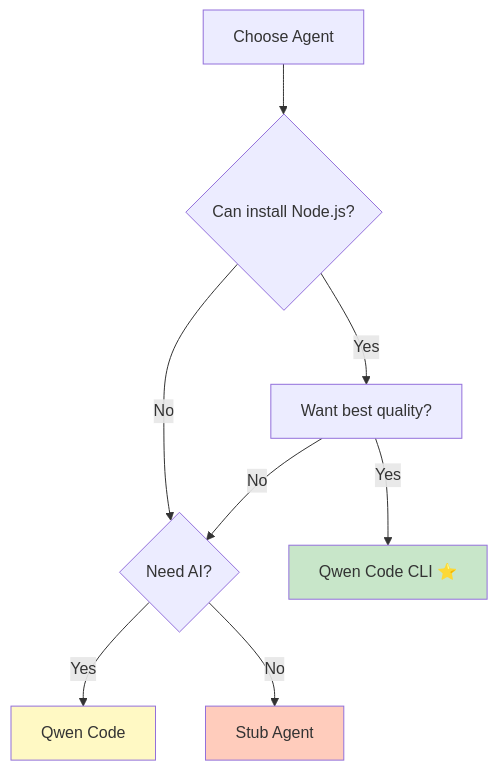
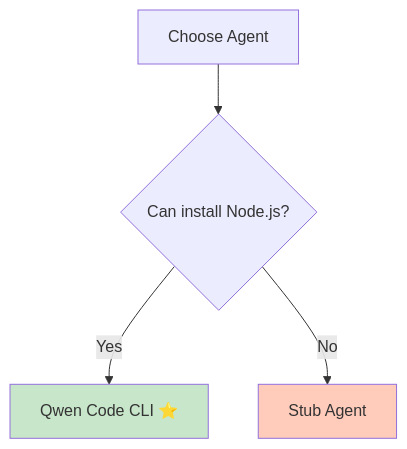
Before and after one commit to ArtyomZemlyak/tg-note: the second of 2 diagrams in docs_site/agents/overview.md, drawn with Mermaid. The commit also changed other lines of this file and 7 other files, not shown here.

Commit message:
Remove qwen_code agent and update docs

````diff
--- a/docs_site/agents/overview.md
+++ b/docs_site/agents/overview.md
@@ -177,16 +146,9 @@
 ```mermaid
 graph TD
     A[Choose Agent] --> B{Can install Node.js?}
-    B -->|Yes| C[Want best quality?]
-    B -->|No| D{Need AI?}
+    B -->|Yes| C[Qwen Code CLI ⭐]
+    B -->|No| D[Stub Agent]
     
-    C -->|Yes| E[Qwen Code CLI ⭐]
-    C -->|No| D
-    
-    D -->|Yes| F[Qwen Code]
-    D -->|No| G[Stub Agent]
-    
-    style E fill:#c8e6c9
-    style F fill:#fff9c4
-    style G fill:#ffccbc
+    style C fill:#c8e6c9
+    style D fill:#ffccbc
 ```
````
